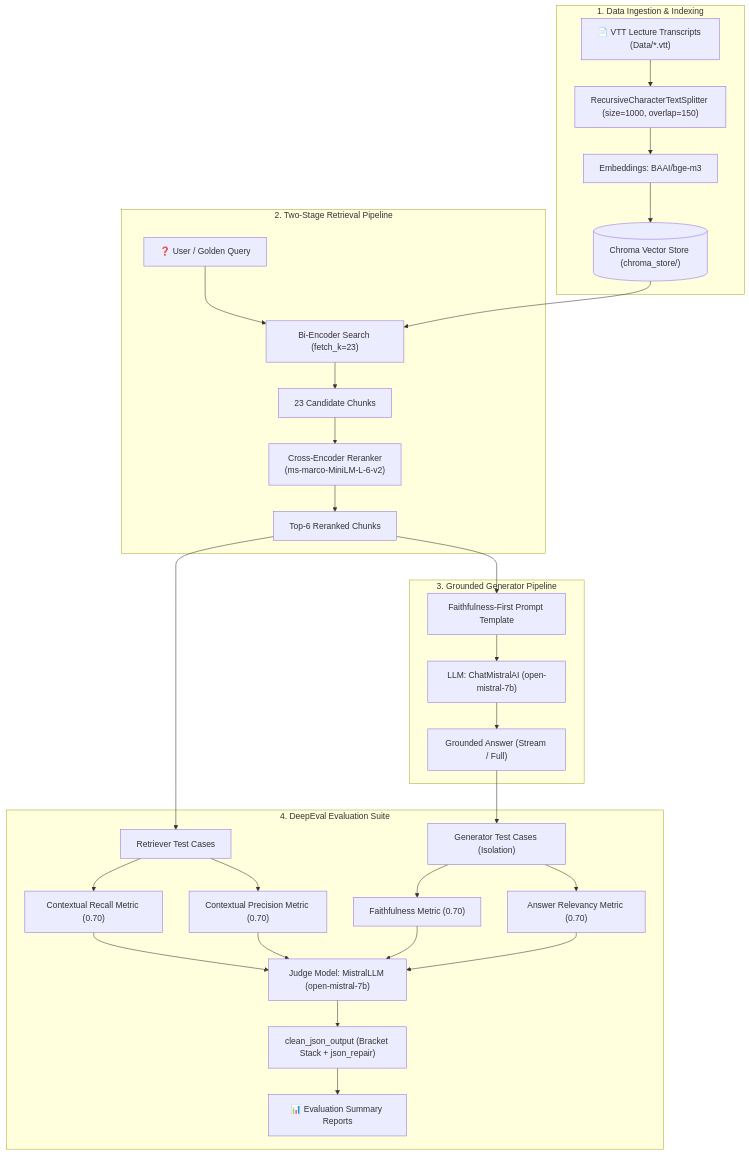
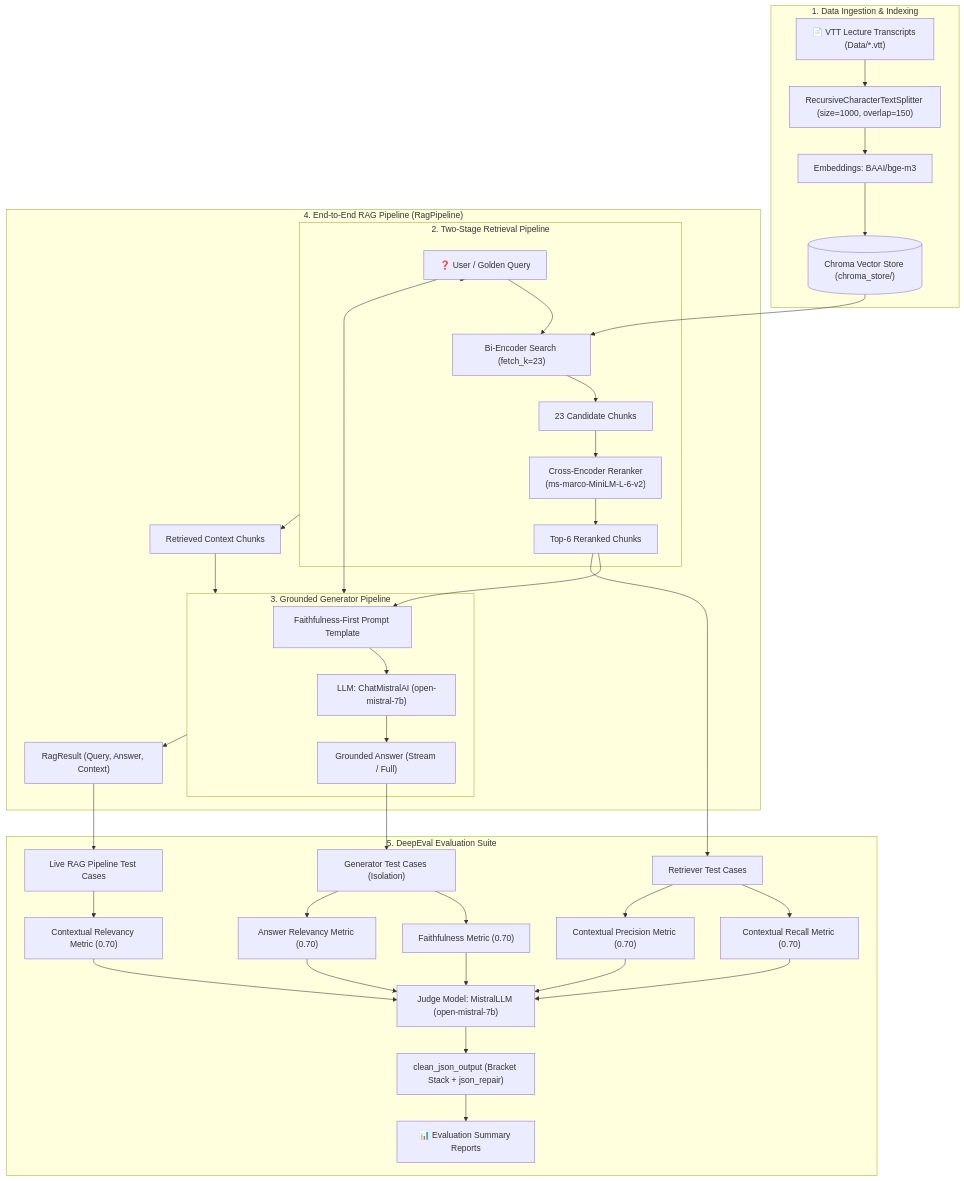
The diagram in README.md (shlokbam/LLM-RAG-Evaluation), drawn with Mermaid before and after one commit. The commit also changed other lines of this file and 5 other files, not shown here.

Commit message:
feat: add RAG pipeline implementation and evaluation script

````diff
--- a/README.md
+++ b/README.md
@@ -18,36 +18,46 @@
 ```mermaid
 flowchart TD
     subgraph Ingestion ["1. Data Ingestion & Indexing"]
         VTT["📄 VTT Lecture Transcripts (Data/*.vtt)"] --> TextSplitter["RecursiveCharacterTextSplitter (size=1000, overlap=150)"]
         TextSplitter --> BGE["Embeddings: BAAI/bge-m3"]
         BGE --> ChromaDB[("Chroma Vector Store (chroma_store/)")]
     end
 
     subgraph TwoStageRetriever ["2. Two-Stage Retrieval Pipeline"]
         Query["❓ User / Golden Query"] --> BiEncoder["Bi-Encoder Search (fetch_k=23)"]
         ChromaDB --> BiEncoder
         BiEncoder --> Candidates["23 Candidate Chunks"]
         Candidates --> CrossEncoder["Cross-Encoder Reranker\n(ms-marco-MiniLM-L-6-v2)"]
         CrossEncoder --> TopK["Top-6 Reranked Chunks"]
     end
 
     subgraph GeneratorComponent ["3. Grounded Generator Pipeline"]
         TopK --> GenPrompt["Faithfulness-First Prompt Template"]
         GenPrompt --> MistralGen["LLM: ChatMistralAI (open-mistral-7b)"]
         MistralGen --> Answer["Grounded Answer (Stream / Full)"]
     end
 
-    subgraph DeepEvalHarness ["4. DeepEval Evaluation Suite"]
+    subgraph RagOrchestrator ["4. End-to-End RAG Pipeline (RagPipeline)"]
+        Query --> TwoStageRetriever
+        TwoStageRetriever --> Context["Retrieved Context Chunks"]
+        Context & Query --> GeneratorComponent
+        GeneratorComponent --> FinalOutput["RagResult (Query, Answer, Context)"]
+    end
+
+    subgraph DeepEvalHarness ["5. DeepEval Evaluation Suite"]
         TopK --> RetCases["Retriever Test Cases"]
         RetCases --> Recall["Contextual Recall Metric (0.70)"]
         RetCases --> Precision["Contextual Precision Metric (0.70)"]
 
         Answer --> GenCases["Generator Test Cases (Isolation)"]
         GenCases --> Faithfulness["Faithfulness Metric (0.70)"]
         GenCases --> Relevancy["Answer Relevancy Metric (0.70)"]
 
-        Recall & Precision & Faithfulness & Relevancy --> MistralJudge["Judge Model: MistralLLM (open-mistral-7b)"]
+        FinalOutput --> PipelineCases["Live RAG Pipeline Test Cases"]
+        PipelineCases --> CtxRelevancy["Contextual Relevancy Metric (0.70)"]
+
+        Recall & Precision & Faithfulness & Relevancy & CtxRelevancy --> MistralJudge["Judge Model: MistralLLM (open-mistral-7b)"]
         MistralJudge --> JSONRepair["clean_json_output (Bracket Stack + json_repair)"]
         JSONRepair --> Report["📊 Evaluation Summary Reports"]
     end
 ```
````
